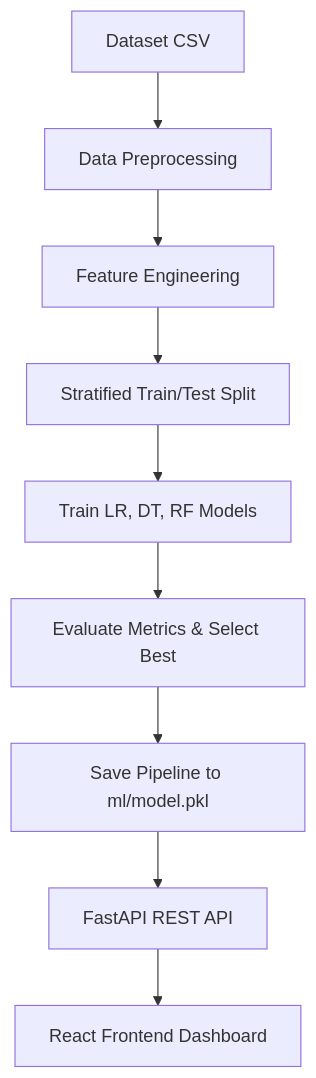
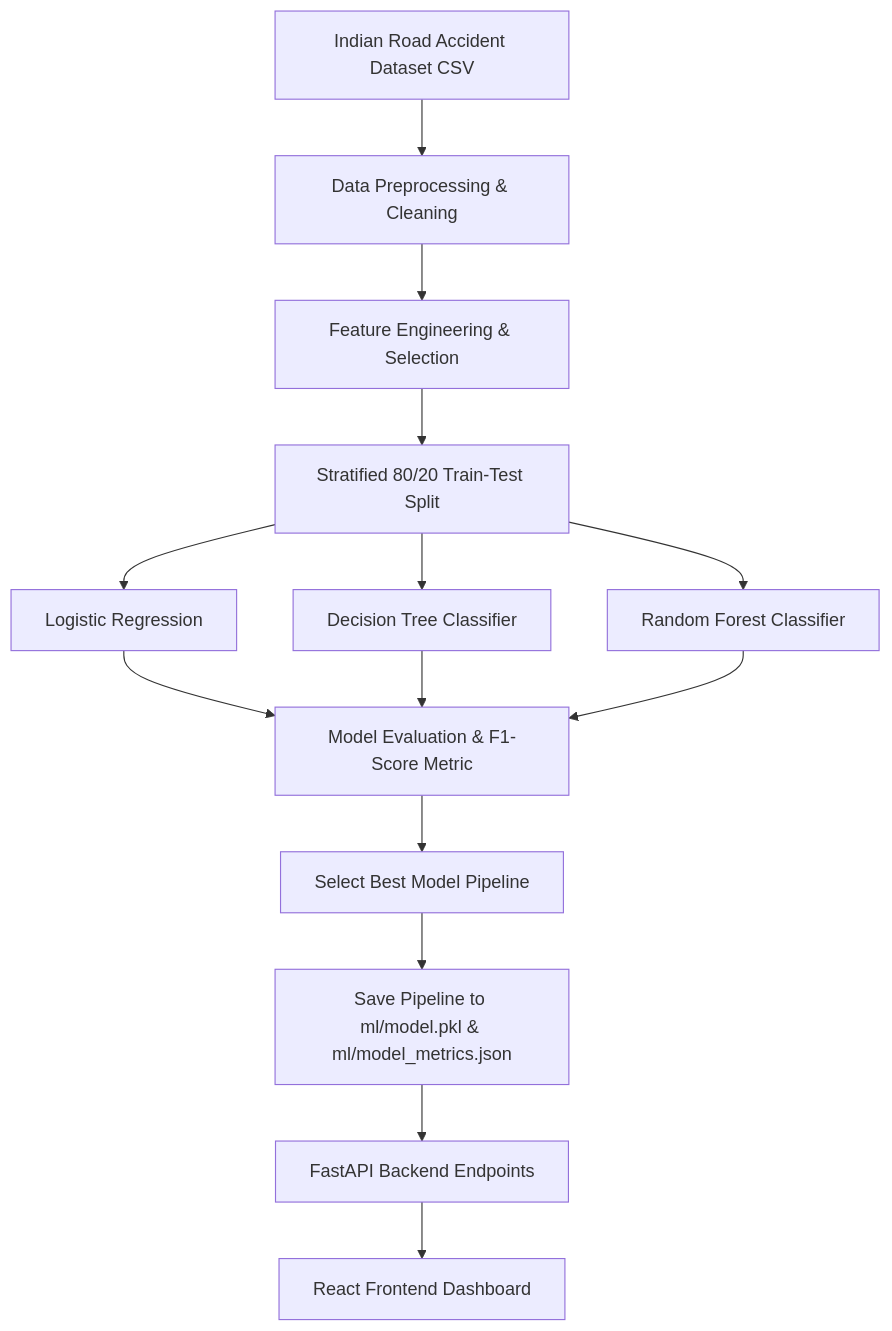
Before and after one commit to Ayankkk29/SafeRoute-AI: the second of 6 diagrams in docs/academic_report.md, drawn with Mermaid. The commit also changed other lines of this file and 6 other files, not shown here.

````diff
--- a/docs/academic_report.md
+++ b/docs/academic_report.md
@@ -83,11 +159,16 @@
 ```mermaid
 flowchart TD
-    A[Dataset CSV] --> B[Data Preprocessing]
-    B --> C[Feature Engineering]
-    C --> D[Stratified Train/Test Split]
-    D --> E[Train LR, DT, RF Models]
-    E --> F[Evaluate Metrics & Select Best]
-    F --> G[Save Pipeline to ml/model.pkl]
-    G --> H[FastAPI REST API]
-    H --> I[React Frontend Dashboard]
+    A[Indian Road Accident Dataset CSV] --> B[Data Preprocessing & Cleaning]
+    B --> C[Feature Engineering & Selection]
+    C --> D[Stratified 80/20 Train-Test Split]
+    D --> E1[Logistic Regression]
+    D --> E2[Decision Tree Classifier]
+    D --> E3[Random Forest Classifier]
+    E1 --> F[Model Evaluation & F1-Score Metric]
+    E2 --> F
+    E3 --> F
+    F --> G[Select Best Model Pipeline]
+    G --> H[Save Pipeline to ml/model.pkl & ml/model_metrics.json]
+    H --> I[FastAPI Backend Endpoints]
+    I --> J[React Frontend Dashboard]
 ```
````
